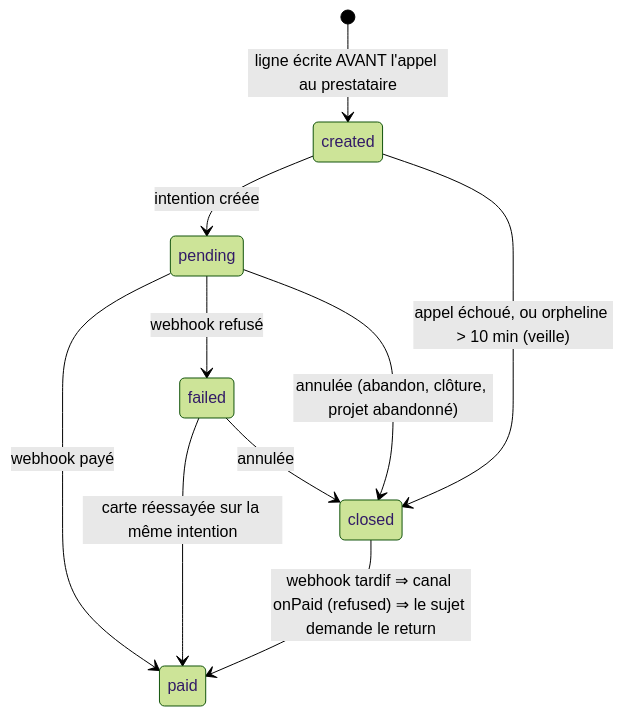
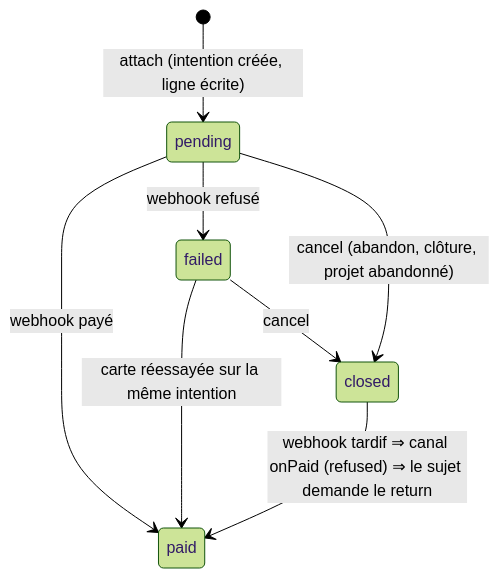
One commit to hugoheynard/lfd changed the second of 4 diagrams in documentation/commandes/modification/plan-m2-historique-de-transactions.md. Above: the diagram before and after it, drawn with Mermaid (forest theme). The commit also changed other lines of this file, not shown here.

First line of the commit message:
docs(commandes): M2, version 5 — le registre de comptes, prepare/attach, claim, reprises jusqu'à P2

````diff
--- a/documentation/commandes/modification/plan-m2-historique-de-transactions.md
+++ b/documentation/commandes/modification/plan-m2-historique-de-transactions.md
@@ -153,12 +161,10 @@
 ```mermaid
 stateDiagram-v2
-  [*] --> created : ligne écrite AVANT l'appel au prestataire
-  created --> pending : intention créée
-  created --> closed : appel échoué, ou orpheline > 10 min (veille)
+  [*] --> pending : attach (intention créée, ligne écrite)
   pending --> paid : webhook payé
   pending --> failed : webhook refusé
   failed --> paid : carte réessayée sur la même intention
-  pending --> closed : annulée (abandon, clôture, projet abandonné)
-  failed --> closed : annulée
+  pending --> closed : cancel (abandon, clôture, projet abandonné)
+  failed --> closed : cancel
   closed --> paid : webhook tardif ⇒ canal onPaid (refused) ⇒ le sujet demande le return
 ```
````
